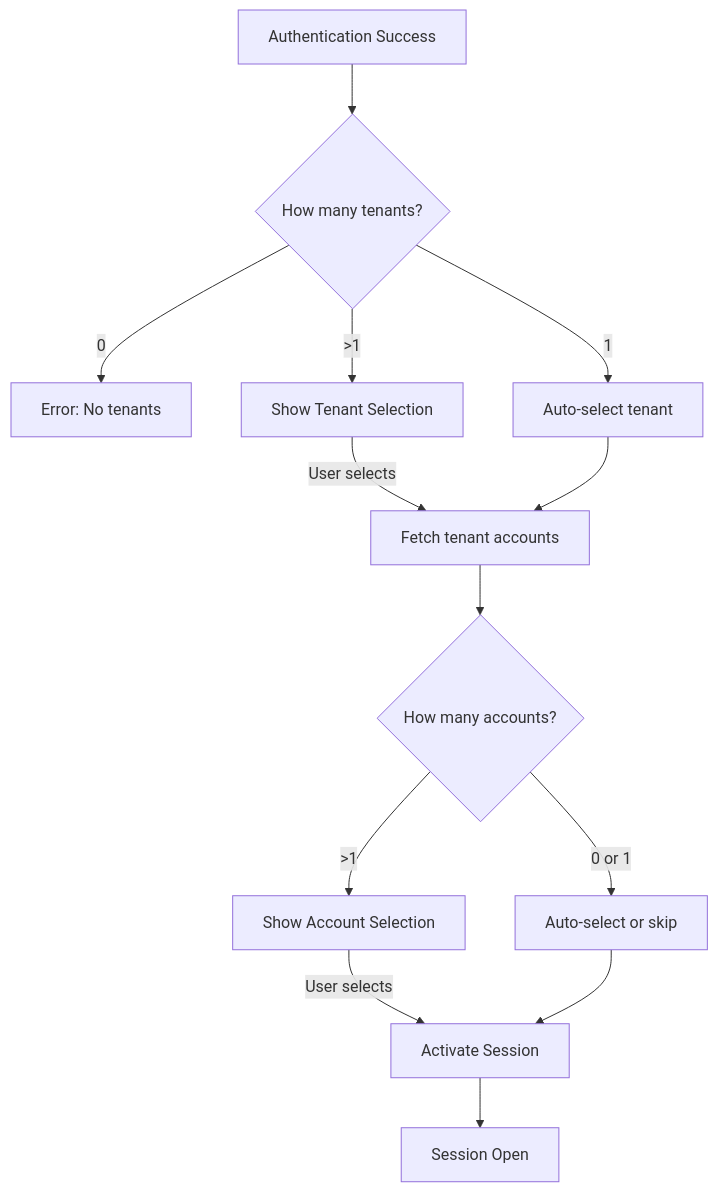
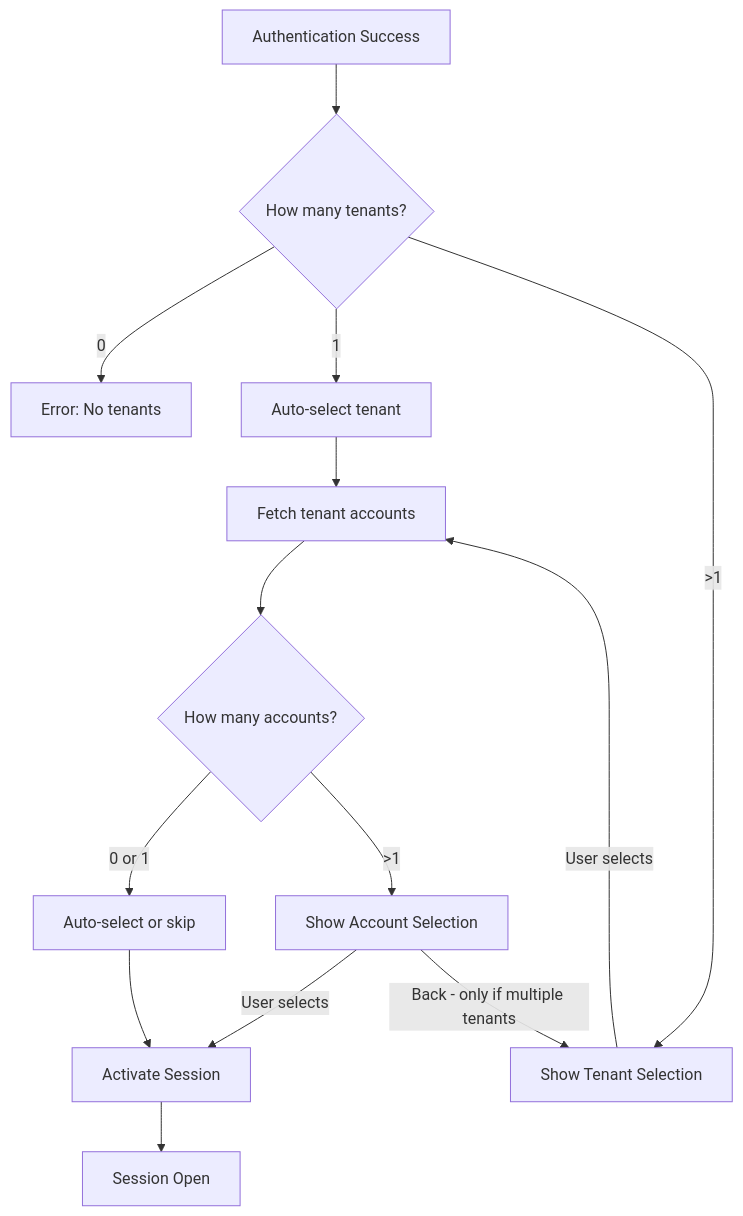
One commit to zeitwert/fm-server changed the fourth of 4 diagrams in docs/authentication.md. Above: the diagram before and after it, drawn with Mermaid. The commit also changed other lines of this file and 4 other files, not shown here.

````diff
--- a/docs/authentication.md
+++ b/docs/authentication.md
@@ -256,21 +274,22 @@
 ```mermaid
 flowchart TD
     AuthSuccess[Authentication Success] --> TenantCount{How many tenants?}
     
     TenantCount -->|0| Error[Error: No tenants]
     TenantCount -->|1| AutoTenant[Auto-select tenant]
     TenantCount -->|>1| ShowTenant[Show Tenant Selection]
     
     ShowTenant -->|User selects| FetchAccounts
     AutoTenant --> FetchAccounts[Fetch tenant accounts]
     
     FetchAccounts --> AccountCount{How many accounts?}
     
     AccountCount -->|0 or 1| AutoAccount[Auto-select or skip]
     AccountCount -->|>1| ShowAccount[Show Account Selection]
     
     ShowAccount -->|User selects| Activate
+    ShowAccount -->|Back - only if multiple tenants| ShowTenant
     AutoAccount --> Activate[Activate Session]
     
     Activate --> SessionOpen[Session Open]
 ```
````
